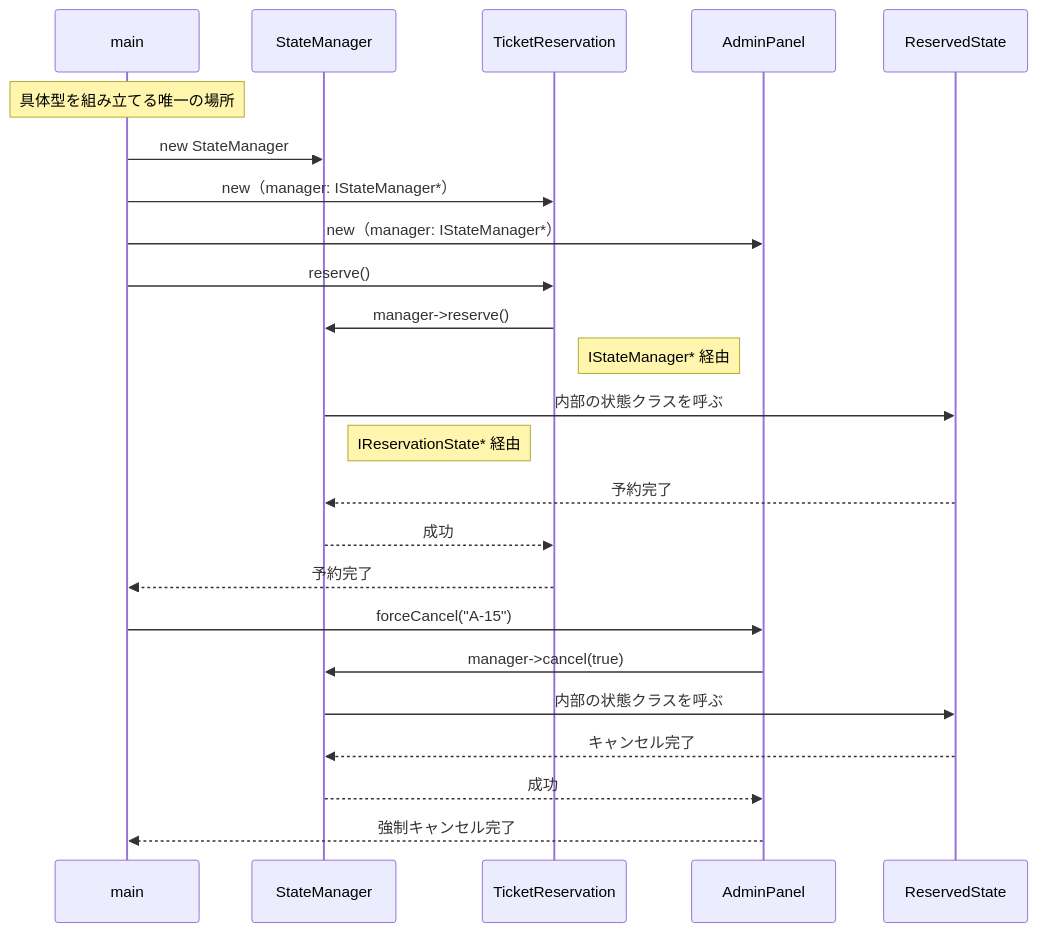
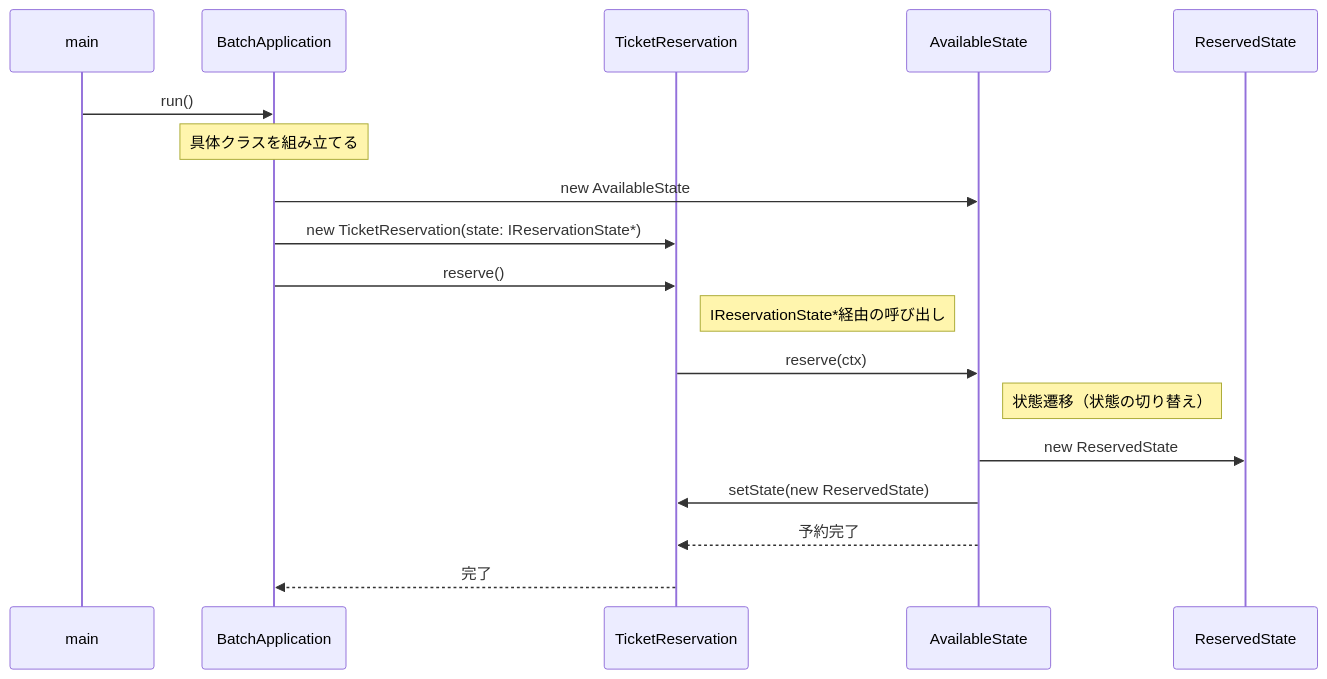
One commit to kumachan1101-pixel/DesignPattern changed the eighth of 11 diagrams in kindle/design-patterns/output/chapter03.md. Above: the diagram before and after it, drawn with Mermaid. The commit also changed other lines of this file and 1 other file, not shown here.

Commit message:
fix(batch1): 横断ルールの適用 (chapter03, chapter05)

````diff
--- a/kindle/design-patterns/output/chapter03.md
+++ b/kindle/design-patterns/output/chapter03.md
@@ -1009,26 +1236,22 @@
 ```mermaid
 sequenceDiagram
     participant main
-    participant SM as StateManager
+    participant BA as BatchApplication
     participant TR as TicketReservation
-    participant AP as AdminPanel
+    participant AS as AvailableState
     participant RS as ReservedState
-    Note over main: 具体型を組み立てる唯一の場所
-    main->>SM: new StateManager
-    main->>TR: new（manager: IStateManager*）
-    main->>AP: new（manager: IStateManager*）
-    main->>TR: reserve()
-    TR->>SM: manager->reserve()
-    Note right of TR: IStateManager* 経由
-    SM->>RS: 内部の状態クラスを呼ぶ
-    Note right of SM: IReservationState* 経由
-    RS-->>SM: 予約完了
-    SM-->>TR: 成功
-    TR-->>main: 予約完了
-    main->>AP: forceCancel("A-15")
-    AP->>SM: manager->cancel(true)
-    SM->>RS: 内部の状態クラスを呼ぶ
-    RS-->>SM: キャンセル完了
-    SM-->>AP: 成功
-    AP-->>main: 強制キャンセル完了
+    
+    main->>BA: run()
+    Note over BA: 具体クラスを組み立てる
+    BA->>AS: new AvailableState
+    BA->>TR: new TicketReservation(state: IReservationState*)
+    
+    BA->>TR: reserve()
+    Note right of TR: IReservationState*経由の呼び出し
+    TR->>AS: reserve(ctx)
+    Note right of AS: 状態遷移（状態の切り替え）
+    AS->>RS: new ReservedState
+    AS->>TR: setState(new ReservedState)
+    AS-->>TR: 予約完了
+    TR-->>BA: 完了
 ```
````
